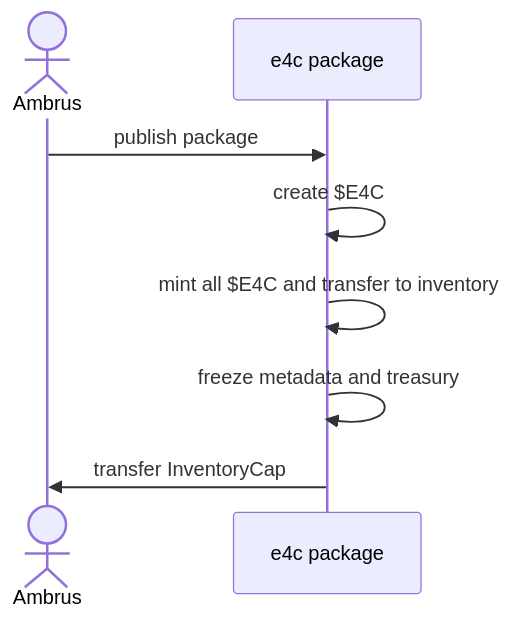
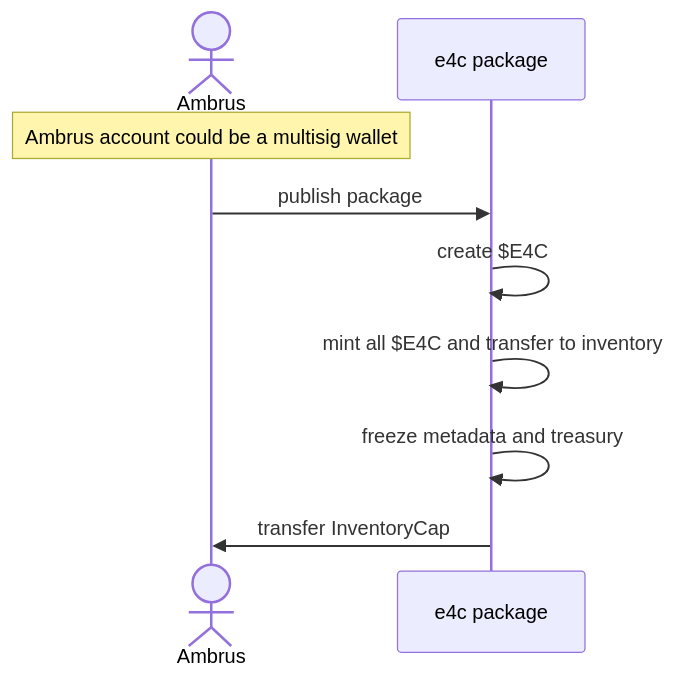
One commit to z330789559/e4c changed the first of 5 diagrams in README.md. Above: the diagram before and after it, drawn with Mermaid. The commit also changed other lines of this file, not shown here.

Commit message:
docs: update sequence diagrams

````diff
--- a/README.md
+++ b/README.md
@@ -13,10 +13,11 @@
 ```mermaid
 sequenceDiagram
     actor A as Ambrus
+    Note over A: Ambrus account could be a multisig wallet
     participant e4c as e4c package
     A ->> e4c: publish package
     e4c ->> e4c: create $E4C
     e4c ->> e4c: mint all $E4C and transfer to inventory
     e4c ->> e4c: freeze metadata and treasury
     e4c ->> A: transfer InventoryCap
 ```
````
